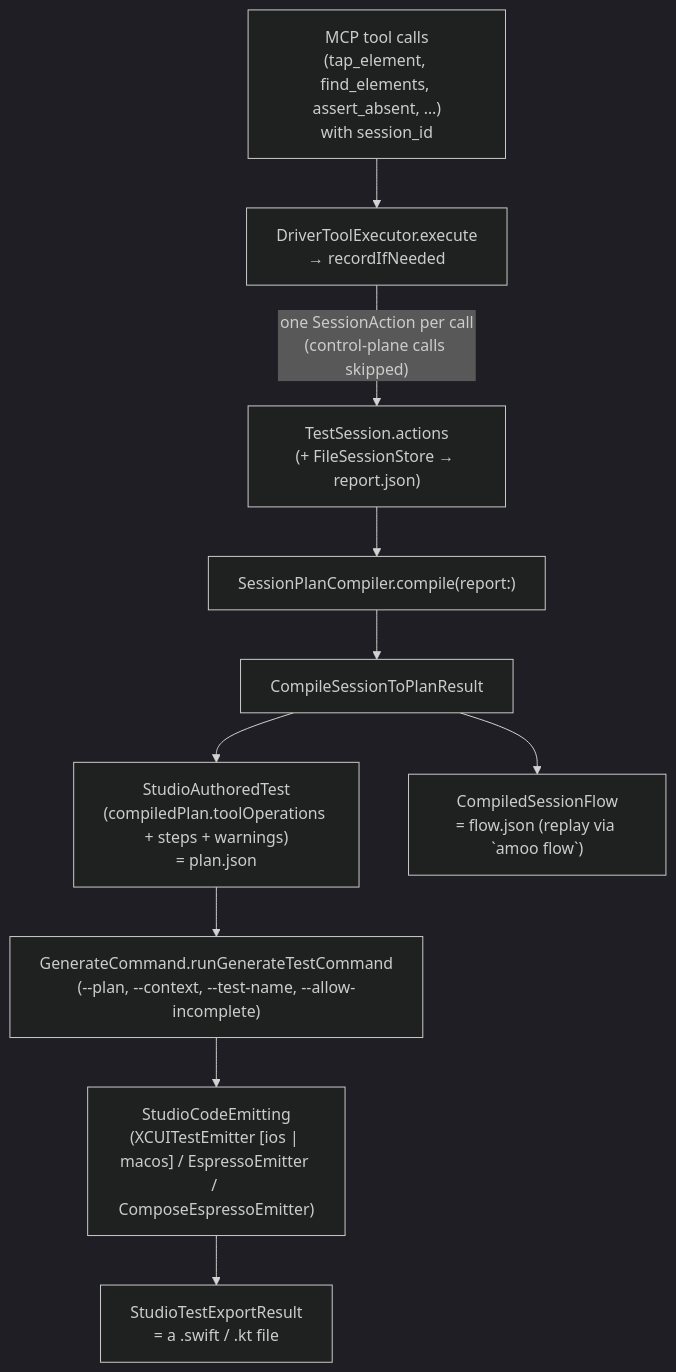
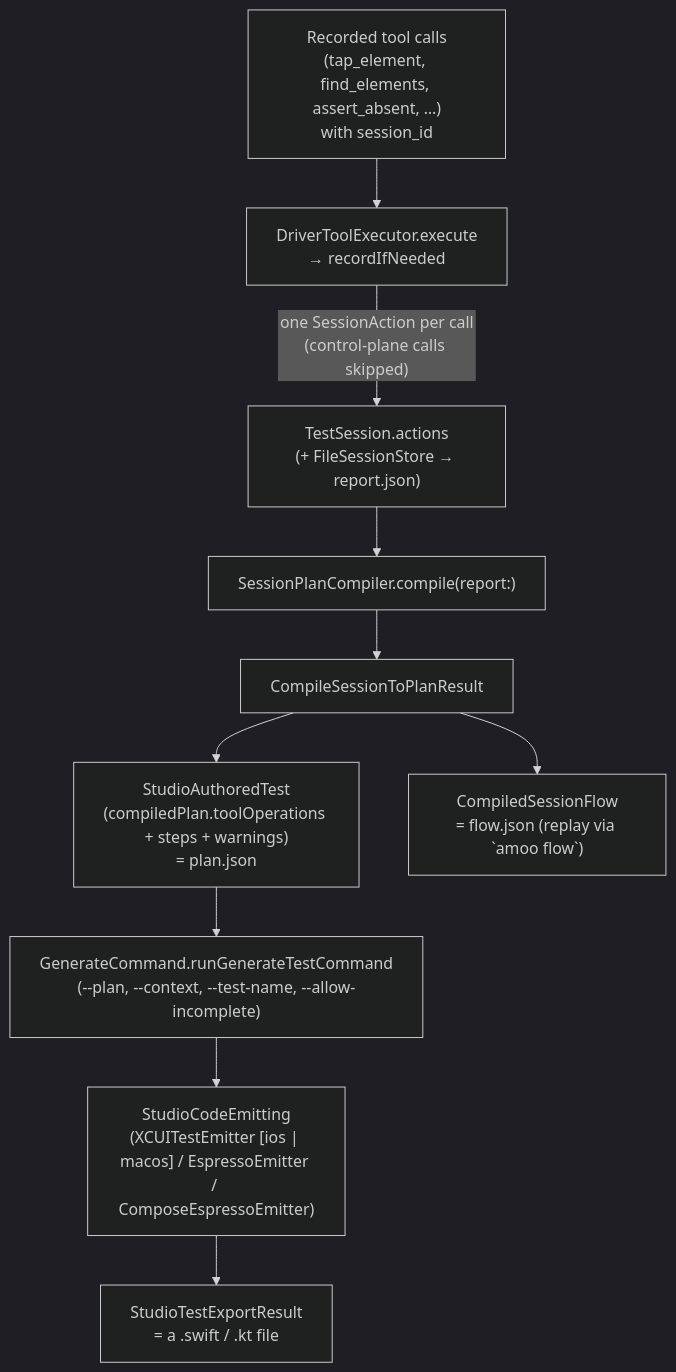
The diagram in docs/codegen-pipeline.md (ArjangConsulting/amoo-ai), drawn with Mermaid (dark theme) before and after one commit. The commit also changed other lines of this file and 35 other files, not shown here.

First line of the commit message:
Close gaps in CLI flows, test export, and Linux CI

````diff
--- a/docs/codegen-pipeline.md
+++ b/docs/codegen-pipeline.md
@@ -10,12 +10,12 @@
 ```mermaid
 flowchart TD
-    A["MCP tool calls\n(tap_element, find_elements, assert_absent, …)\nwith session_id"] --> B
+    A["Recorded tool calls\n(tap_element, find_elements, assert_absent, …)\nwith session_id"] --> B
     B["DriverToolExecutor.execute\n→ recordIfNeeded"] -->|"one SessionAction per call\n(control-plane calls skipped)"| C
     C["TestSession.actions\n(+ FileSessionStore → report.json)"] --> D
     D["SessionPlanCompiler.compile(report:)"] --> E["CompileSessionToPlanResult"]
     E --> F["StudioAuthoredTest\n(compiledPlan.toolOperations + steps + warnings)\n= plan.json"]
     E --> G["CompiledSessionFlow\n= flow.json (replay via `amoo flow`)"]
     F --> H["GenerateCommand.runGenerateTestCommand\n(--plan, --context, --test-name, --allow-incomplete)"]
     H --> I["StudioCodeEmitting\n(XCUITestEmitter [ios | macos] / EspressoEmitter / ComposeEspressoEmitter)"]
     I --> J["StudioTestExportResult\n= a .swift / .kt file"]
 ```
````
